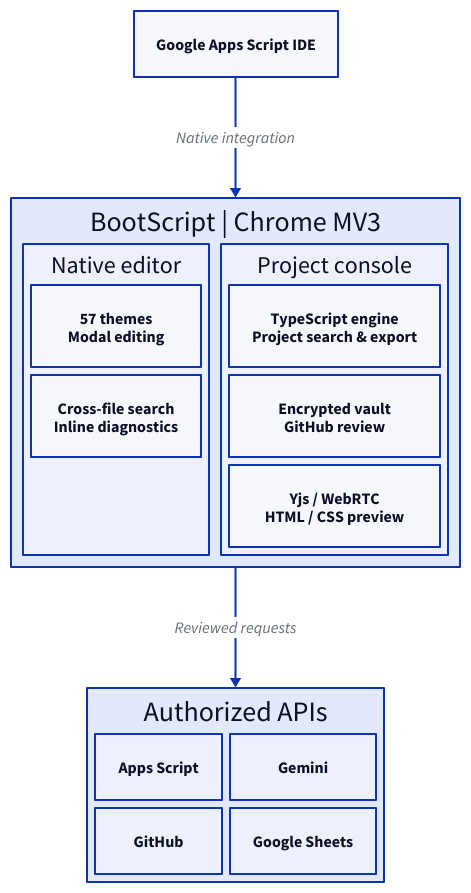
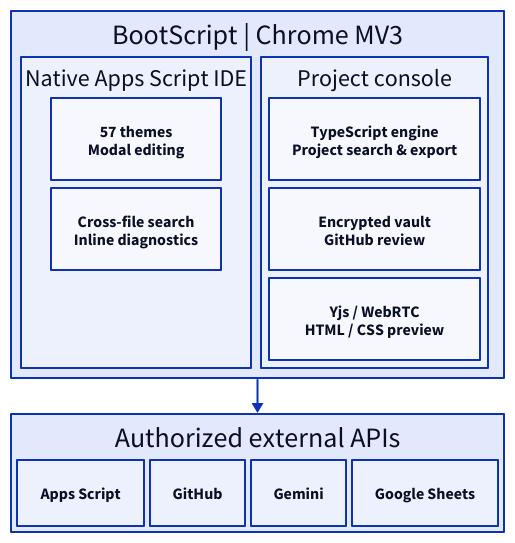
Before and after one commit to lukehanna12/dofinances: the diagram in diagrams/bootscript.d2, drawn with D2. The commit also changed 3 other files, not shown here.

Commit message:
Compact D2 architecture to preserve expanded card interaction

```diff
--- a/diagrams/bootscript.d2
+++ b/diagrams/bootscript.d2
@@ -1,34 +1,30 @@
-direction: down
+grid-columns: 1
+grid-gap: 36
 style.fill: transparent
-
-host: Google Apps Script IDE
 
 extension: BootScript | Chrome MV3 {
   grid-columns: 2
-  grid-gap: 12
-  native: Native editor {
+  grid-gap: 10
+  native: Native Apps Script IDE {
     grid-columns: 1
     grid-gap: 8
     editing: "57 themes\nModal editing"
     navigation: "Cross-file search\nInline diagnostics"
   }
   console: Project console {
     grid-columns: 1
     grid-gap: 8
     intelligence: "TypeScript engine\nProject search & export"
     recovery: "Encrypted vault\nGitHub review"
     teamwork: "Yjs / WebRTC\nHTML / CSS preview"
   }
 }
-
-services: Authorized APIs {
-  grid-columns: 2
-  grid-gap: 8
+services: Authorized external APIs {
+  grid-columns: 4
+  grid-gap: 6
   apps: Apps Script
   github: GitHub
   gemini: Gemini
   sheets: Google Sheets
 }
-
-host -> extension: Native integration
-extension -> services: Reviewed requests
+extension -> services
```
